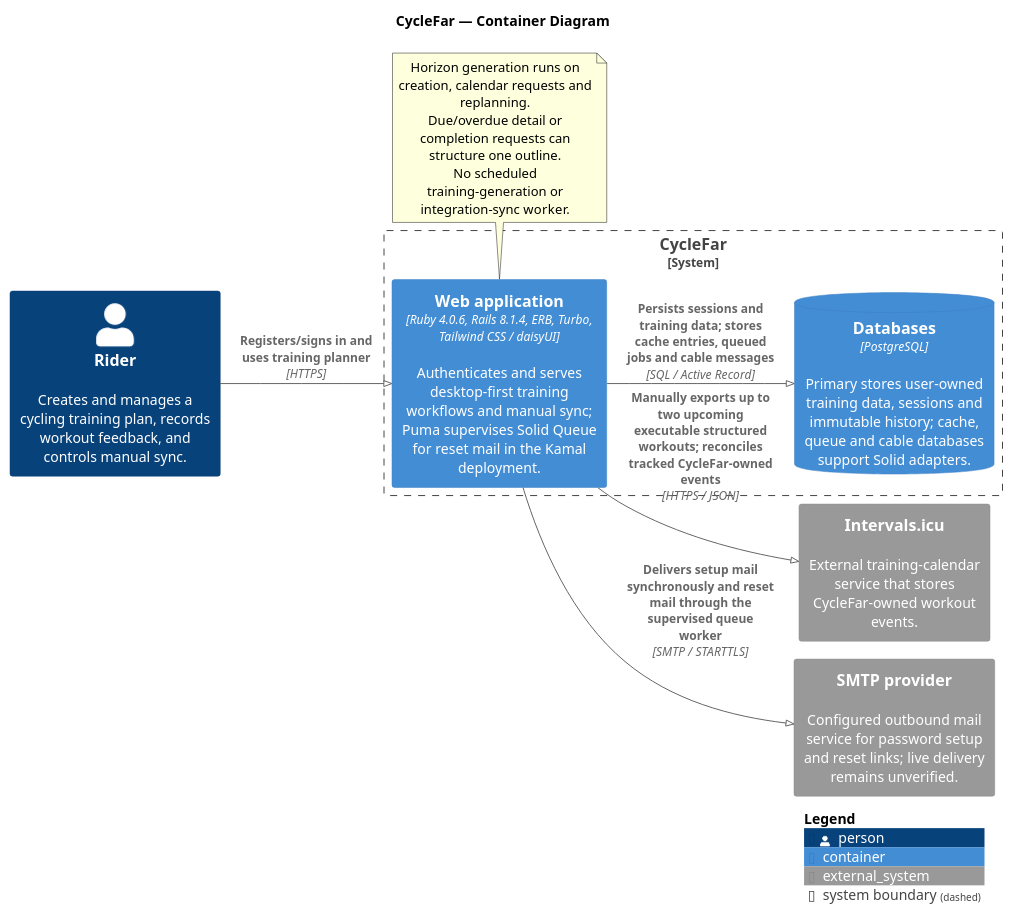
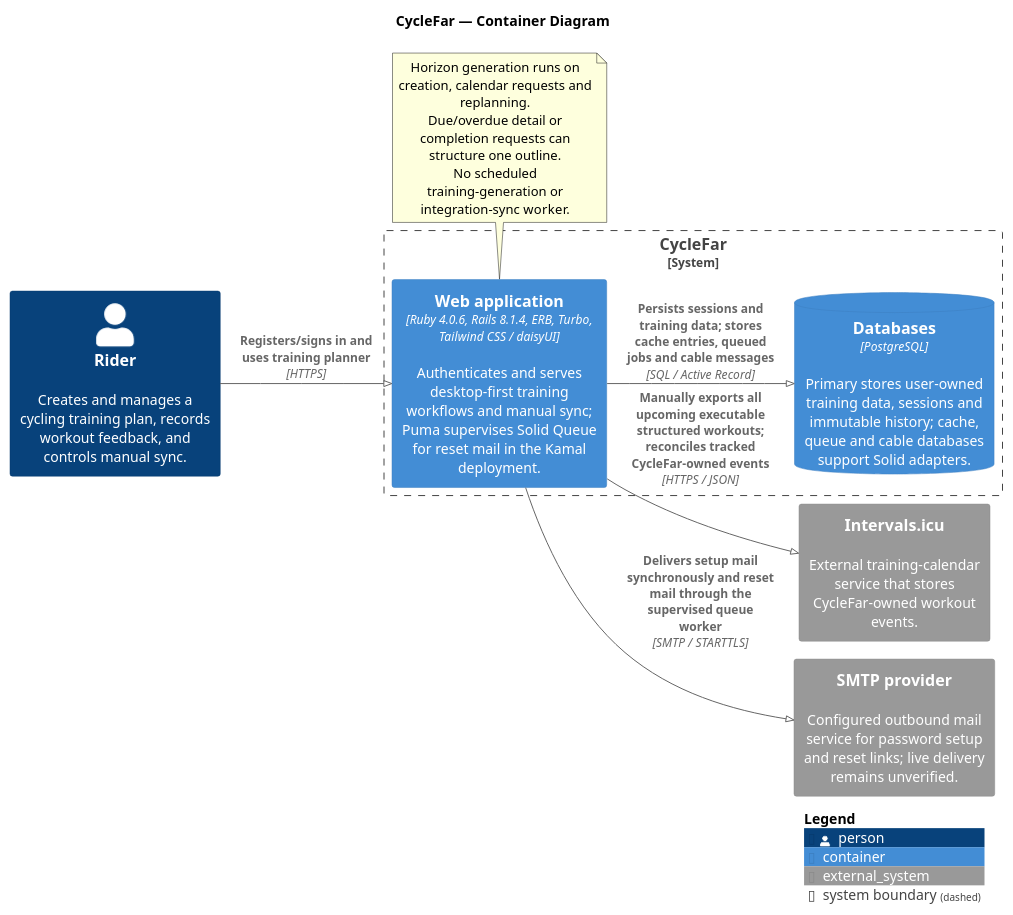
The diagram in docs/diagrams/container-cyclefar.puml (richardhartme/cyclefar), drawn with PlantUML before and after one commit. The commit also changed 26 other files, not shown here.

Commit message:
CYF-82 Sync all upcoming structured calendar workouts

```diff
--- a/docs/diagrams/container-cyclefar.puml
+++ b/docs/diagrams/container-cyclefar.puml
@@ -1,32 +1,32 @@
 @startuml
 !pragma layout smetana
 ' Scope and limitations: README.md
 !include https://raw.githubusercontent.com/plantuml-stdlib/C4-PlantUML/master/C4_Container.puml
 
 title CycleFar — Container Diagram
 
 LAYOUT_LEFT_RIGHT()
 
 Person(rider, "Rider", "Creates and manages a cycling training plan, records workout feedback, and controls manual sync.")
 
 System_Boundary(cyclefar_boundary, "CycleFar") {
   Container(web_application, "Web application", "Ruby 4.0.6, Rails 8.1.4, ERB, Turbo, Tailwind CSS / daisyUI", "Authenticates and serves desktop-first training workflows and manual sync; Puma supervises Solid Queue for reset mail in the Kamal deployment.")
   ContainerDb(database, "Databases", "PostgreSQL", "Primary stores user-owned training data, sessions and immutable history; cache, queue and cable databases support Solid adapters.")
 }
 
 System_Ext(intervals_icu, "Intervals.icu", "External training-calendar service that stores CycleFar-owned workout events.")
 System_Ext(smtp, "SMTP provider", "Configured outbound mail service for password setup and reset links; live delivery remains unverified.")
 
 Rel(rider, web_application, "Registers/signs in and uses training planner", "HTTPS")
 Rel(web_application, database, "Persists sessions and training data; stores cache entries, queued jobs and cable messages", "SQL / Active Record")
-Rel(web_application, intervals_icu, "Manually exports up to two upcoming executable structured workouts; reconciles tracked CycleFar-owned events", "HTTPS / JSON")
+Rel(web_application, intervals_icu, "Manually exports all upcoming executable structured workouts; reconciles tracked CycleFar-owned events", "HTTPS / JSON")
 Rel(web_application, smtp, "Delivers setup mail synchronously and reset mail through the supervised queue worker", "SMTP / STARTTLS")
 
 note bottom of web_application
   Horizon generation runs on creation, calendar requests and replanning.
   Due/overdue detail or completion requests can structure one outline.
   No scheduled training-generation or integration-sync worker.
 end note
 
 SHOW_LEGEND()
 @enduml
```
